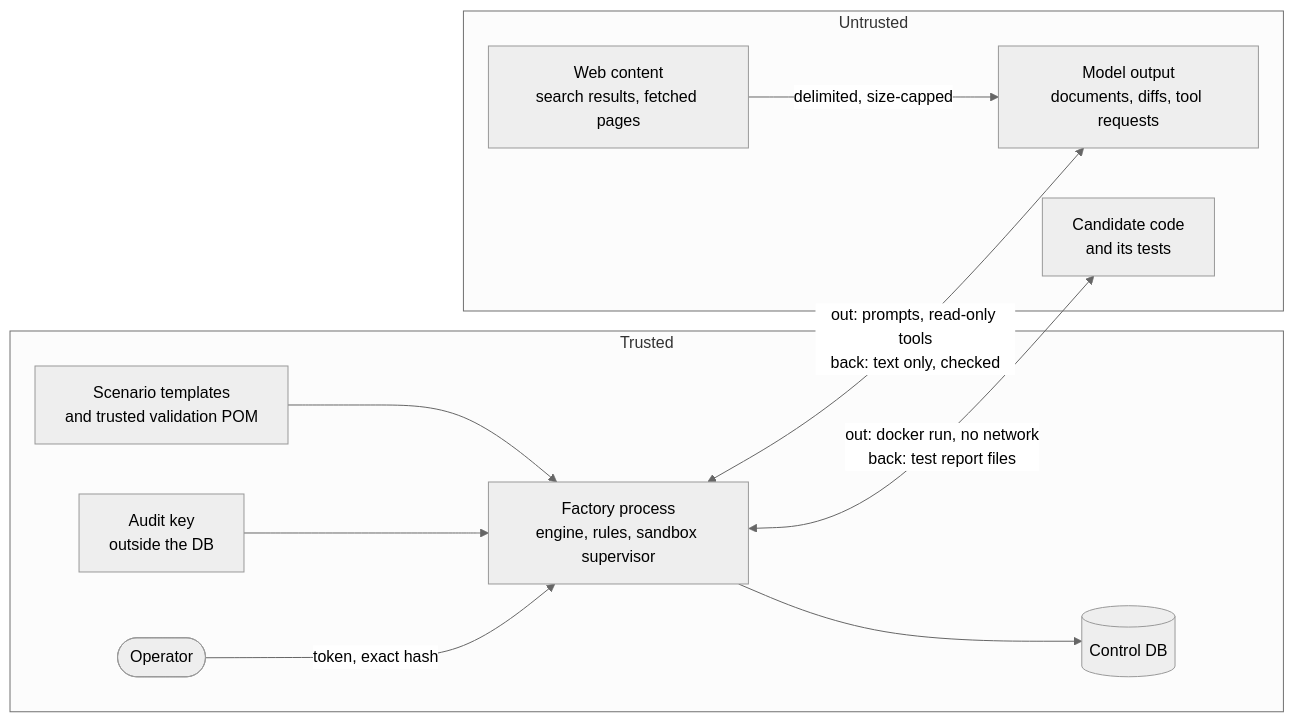
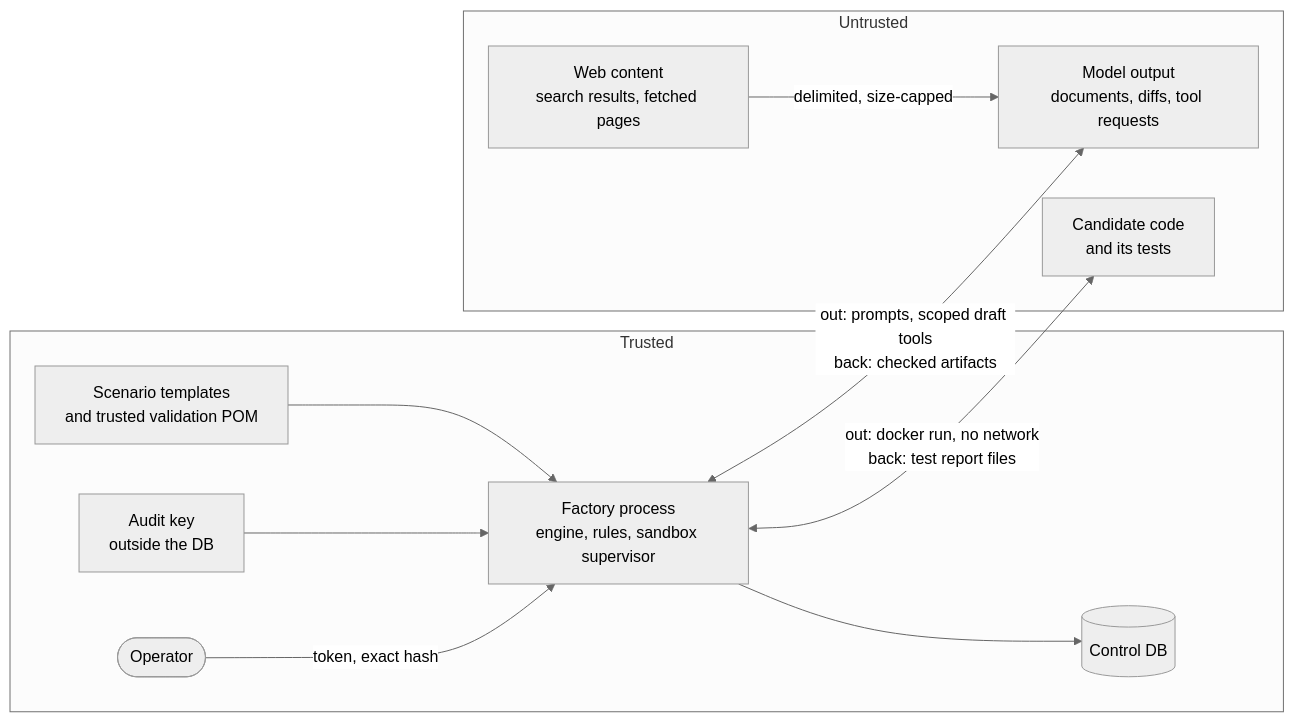
One commit to BigPhilsnr/software-factory changed the sixth of 6 diagrams in docs/02-architecture/factory.md. Above: the diagram before and after it, drawn with Mermaid (neutral theme). The commit also changed other lines of this file and 89 other files, not shown here.

````diff
--- a/docs/02-architecture/factory.md
+++ b/docs/02-architecture/factory.md
@@ -235,24 +237,24 @@
 ```mermaid
 flowchart LR
     subgraph trusted ["Trusted"]
         operator(["Operator"])
         engine["Factory process<br/>engine, rules, sandbox supervisor"]
         controlDb[("Control DB")]
         key["Audit key<br/>outside the DB"]
         templates["Scenario templates<br/>and trusted validation POM"]
     end
 
     subgraph untrusted ["Untrusted"]
         model["Model output<br/>documents, diffs, tool requests"]
         web["Web content<br/>search results, fetched pages"]
         code["Candidate code<br/>and its tests"]
     end
 
     operator -->|"token, exact hash"| engine
     engine --> controlDb
     key --> engine
     templates --> engine
-    engine <-->|"out: prompts, read-only tools<br/>back: text only, checked"| model
+    engine <-->|"out: prompts, scoped draft tools<br/>back: checked artifacts"| model
     web -->|"delimited, size-capped"| model
     engine <-->|"out: docker run, no network<br/>back: test report files"| code
 ```
````
